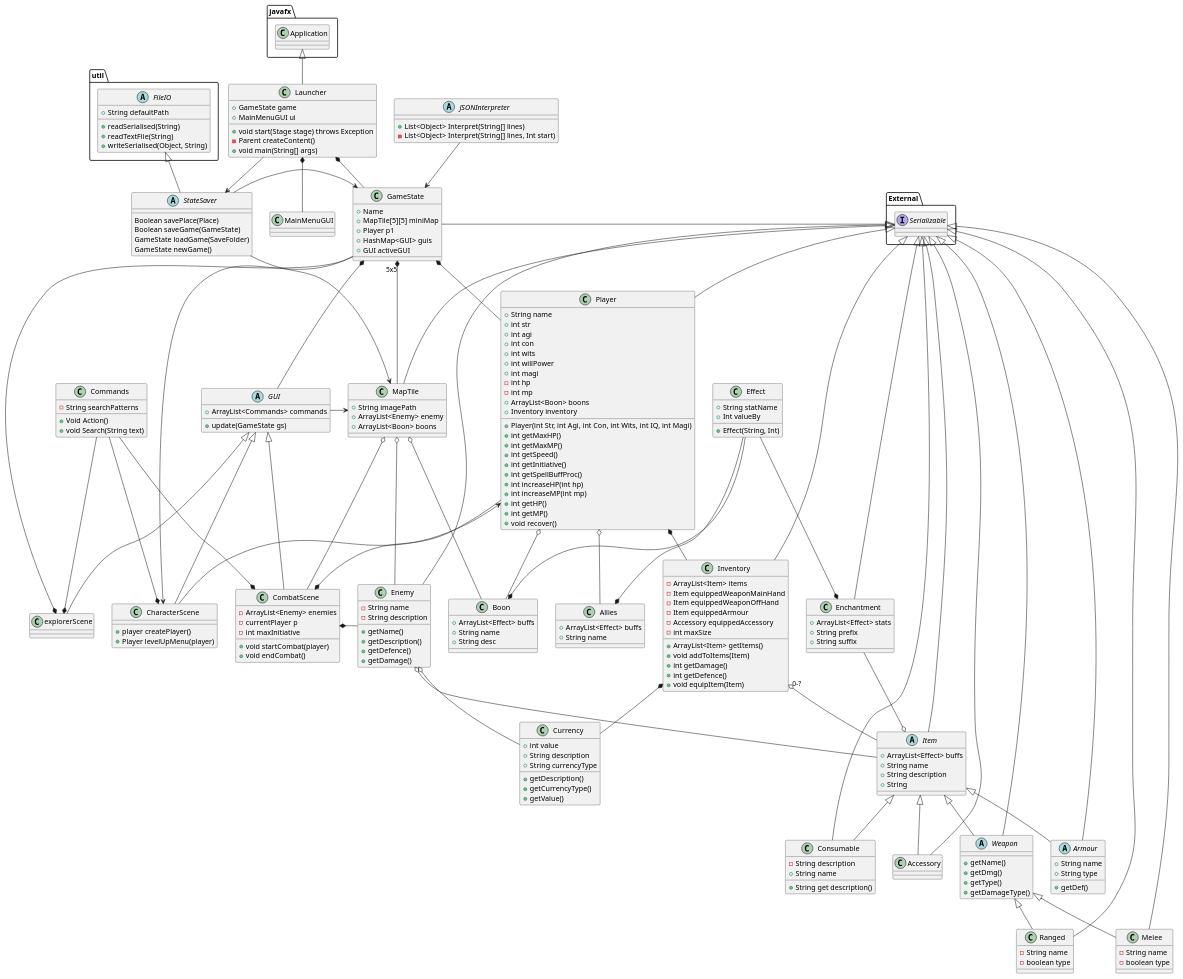
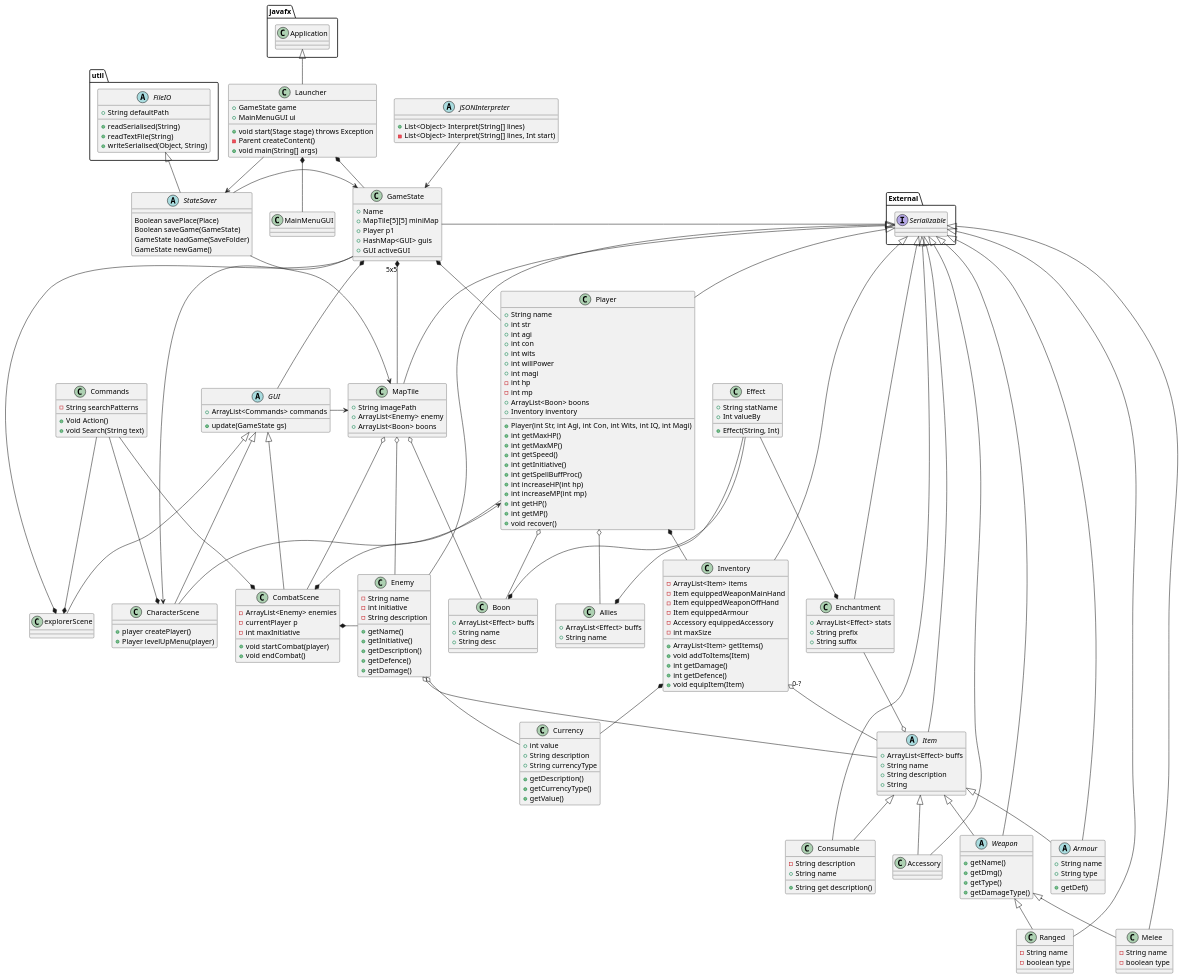
Before and after one commit to SirRolin/Philoshopers-ICE: the diagram in Documentation/klassediagram.puml, drawn with PlantUML. The commit also changed 2 other files, not shown here.

```diff
--- a/Documentation/klassediagram.puml
+++ b/Documentation/klassediagram.puml
@@ -145,8 +145,10 @@
 }
 class Enemy extends External.Serializable {
     - String name
+    - int initiative
     - String description
     + getName()
+    + getInitiative()
     + getDescription()
     + getDefence()
     + getDamage()
```
